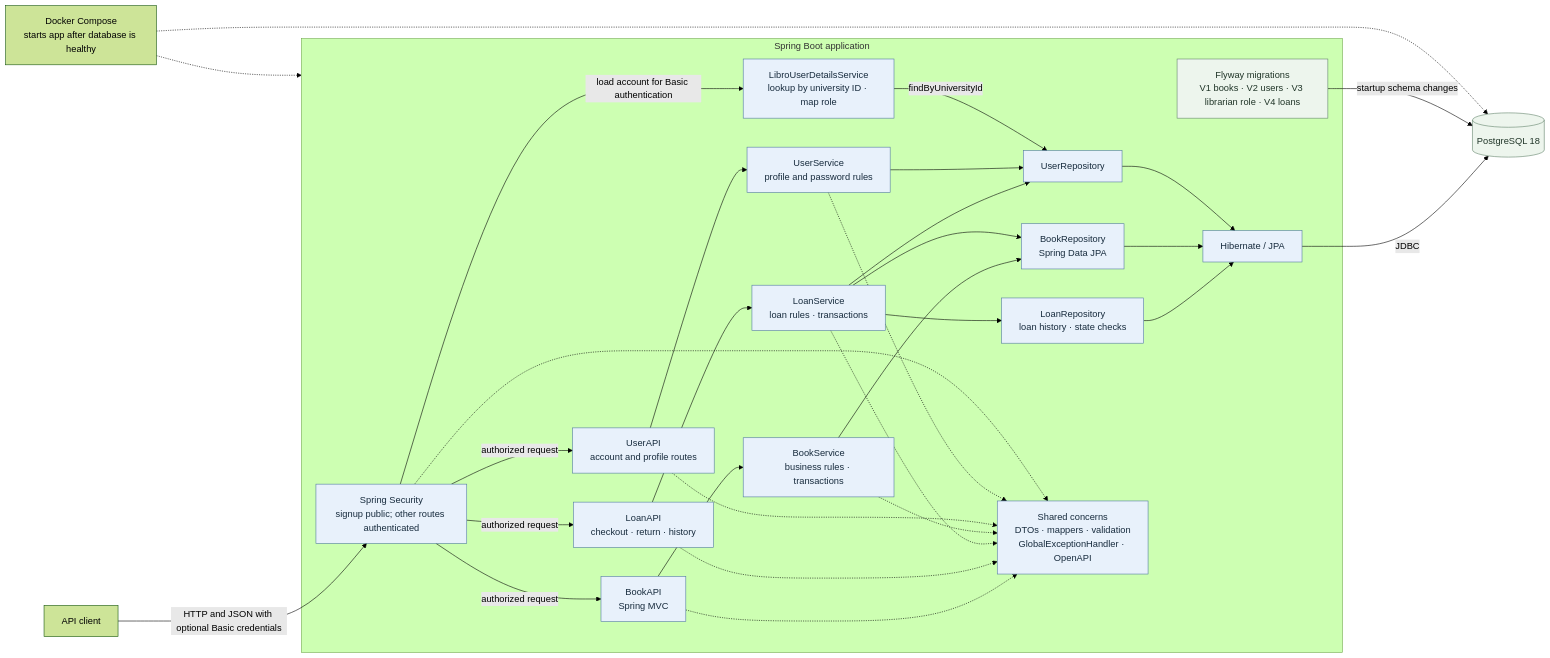
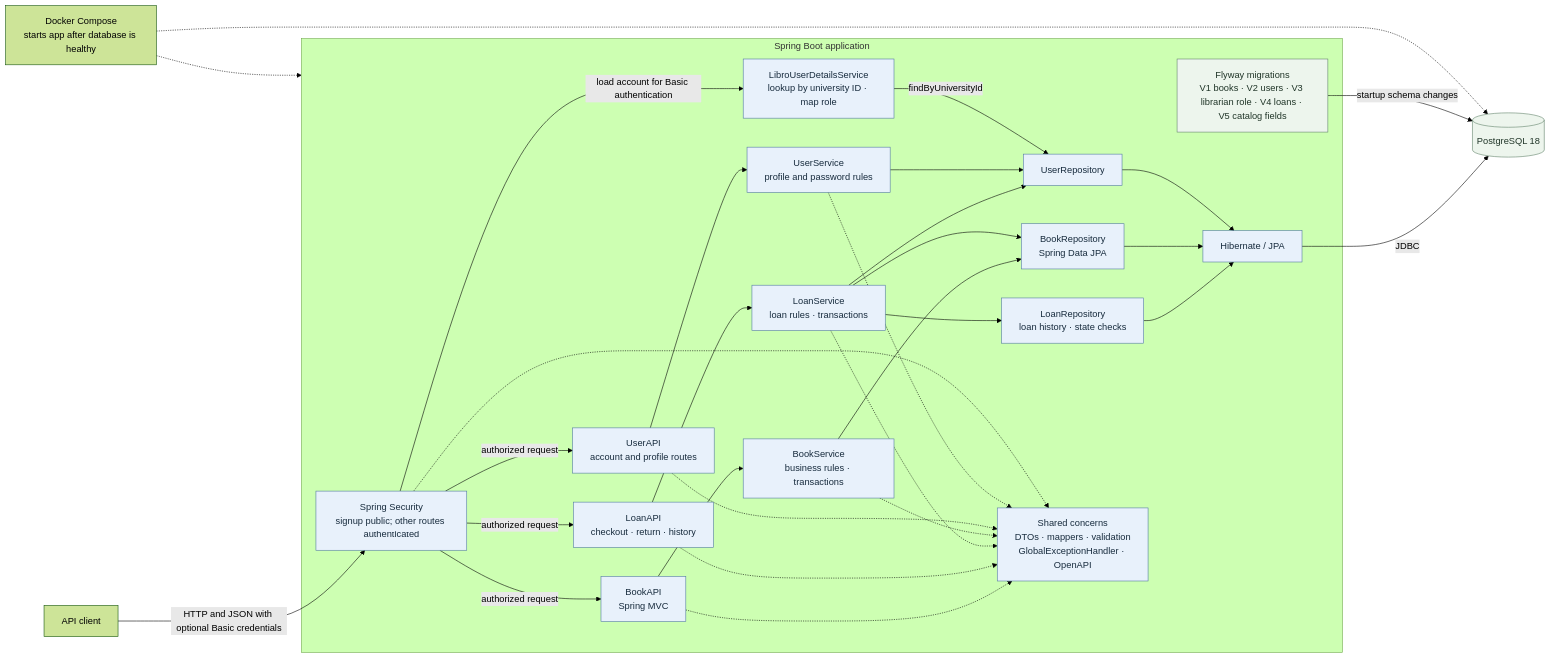
Before and after one commit to kyledelfin2006/libro-library-system: the first of 6 diagrams in README.md, drawn with Mermaid (forest theme). The commit also changed other lines of this file and 24 other files, not shown here.

````diff
--- a/README.md
+++ b/README.md
@@ -93,42 +93,42 @@
 ```mermaid
 flowchart LR
     Client["API client"]
     subgraph App["Spring Boot application"]
         Security["Spring Security<br/>signup public; other routes authenticated"]
         API["BookAPI<br/>Spring MVC"] --> Service["BookService<br/>business rules · transactions"]
         Service --> BookRepo["BookRepository<br/>Spring Data JPA"]
         LoanAPI["LoanAPI<br/>checkout · return · history"] --> LoanService["LoanService<br/>loan rules · transactions"]
         LoanService --> LoanRepo["LoanRepository<br/>loan history · state checks"]
         LoanService --> BookRepo
         LoanService --> UserRepo
         LoanRepo --> ORM
         BookRepo --> ORM["Hibernate / JPA"]
         UserAPI["UserAPI<br/>account and profile routes"] --> User["UserService<br/>profile and password rules"]
         User --> UserRepo["UserRepository"]
         Security -->|load account for Basic authentication| UserDetails["LibroUserDetailsService<br/>lookup by university ID · map role"]
         UserDetails -->|findByUniversityId| UserRepo
         UserRepo --> ORM
-        Flyway["Flyway migrations<br/>V1 books · V2 users · V3 librarian role · V4 loans"]
+        Flyway["Flyway migrations<br/>V1 books · V2 users · V3 librarian role · V4 loans · V5 catalog fields"]
         Shared["Shared concerns<br/>DTOs · mappers · validation<br/>GlobalExceptionHandler · OpenAPI"]
         Security -->|authorized request| API
         Security -->|authorized request| UserAPI
         Security -->|authorized request| LoanAPI
         API -.-> Shared
         LoanAPI -.-> Shared
         LoanService -.-> Shared
         Service -.-> Shared
         UserAPI -.-> Shared
         User -.-> Shared
         Security -.-> Shared
     end
     Client -->|HTTP and JSON with optional Basic credentials| Security
     ORM -->|JDBC| DB[("PostgreSQL 18")]
     Flyway -->|startup schema changes| DB
     Compose["Docker Compose<br/>starts app after database is healthy"] -.-> App
     Compose -.-> DB
 
     classDef service fill:#e8f1fb,stroke:#5078a0,color:#172b3d
     classDef data fill:#edf5ed,stroke:#62836a,color:#203528
     class API,Service,BookRepo,LoanAPI,LoanService,LoanRepo,ORM,UserAPI,User,UserRepo,UserDetails,Shared,Security service
     class DB,Flyway data
 ```
````
